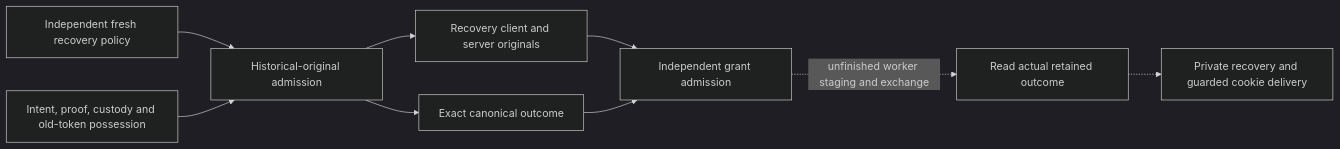
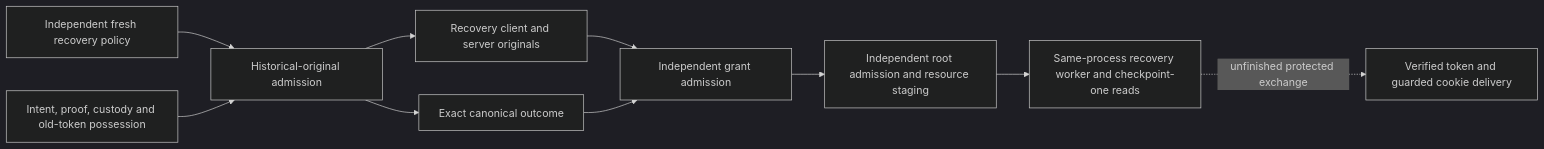
One commit to AndrewMohawk/catchplate changed the second of 2 diagrams in docs/oidc-session-activation-public-recovery.md. Above: the diagram before and after it, drawn with Mermaid (dark theme). The commit also changed other lines of this file and 29 other files, not shown here.

Commit message:
feat(auth): stage recovery workers from retained signed originals

````diff
--- a/docs/oidc-session-activation-public-recovery.md
+++ b/docs/oidc-session-activation-public-recovery.md
@@ -168,11 +174,12 @@
 ```mermaid
 flowchart LR
   P[Independent fresh recovery policy] --> G[Historical-original admission]
   H[Intent, proof, custody and old-token possession] --> G
   G --> C[Recovery client and server originals]
   G --> O[Exact canonical outcome]
   C --> V[Independent grant admission]
   O --> V
-  V -. unfinished worker staging and exchange .-> S[Read actual retained outcome]
-  S -.-> R[Private recovery and guarded cookie delivery]
+  V --> D[Independent root admission and resource staging]
+  D --> S[Same-process recovery worker and checkpoint-one reads]
+  S -. unfinished protected exchange .-> R[Verified token and guarded cookie delivery]
 ```
````
